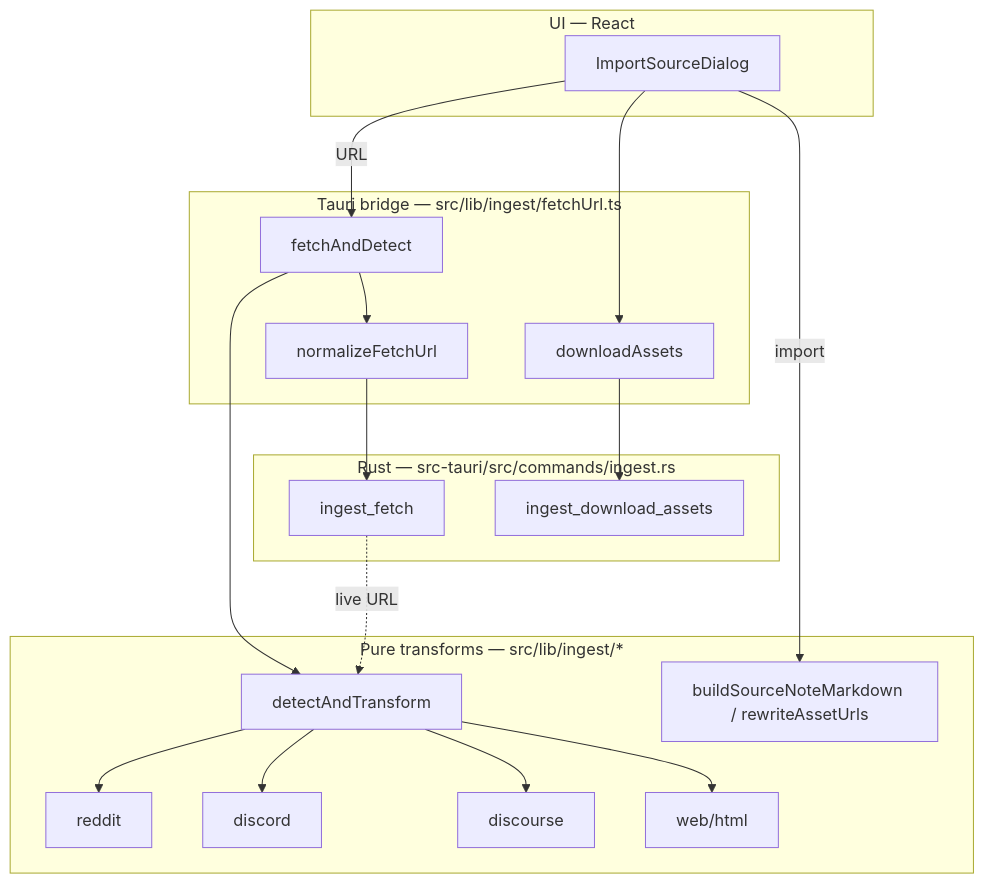
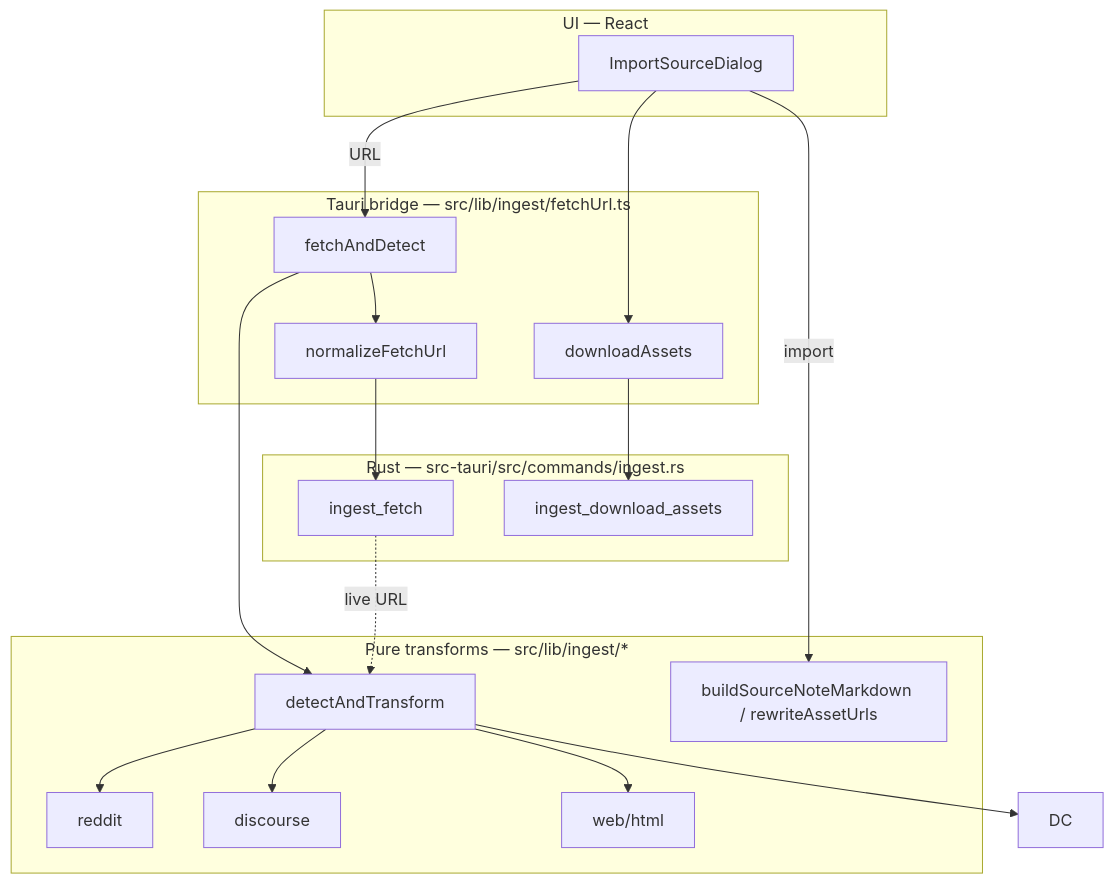
The diagram in docs/INGEST.md (bionorthtech/Grover-Notes), drawn with Mermaid before and after one commit. The commit also changed other lines of this file and 14 other files, not shown here.

````diff
--- a/docs/INGEST.md
+++ b/docs/INGEST.md
@@ -107,25 +102,25 @@
 ```mermaid
 flowchart TD
     subgraph UI["UI — React"]
         D[ImportSourceDialog]
     end
     subgraph Bridge["Tauri bridge — src/lib/ingest/fetchUrl.ts"]
         F[fetchAndDetect]
         DL[downloadAssets]
         N[normalizeFetchUrl]
     end
     subgraph Pure["Pure transforms — src/lib/ingest/*"]
         DT[detectAndTransform]
-        R[reddit] & DC[discord] & DQ[discourse] & W[web/html]
+        R[reddit] & DQ[discourse] & W[web/html]
         SRC[buildSourceNoteMarkdown / rewriteAssetUrls]
     end
     subgraph Rust["Rust — src-tauri/src/commands/ingest.rs"]
         IF[ingest_fetch]
         IDA[ingest_download_assets]
     end
     D -->|URL| F --> N --> IF
     F --> DT --> R & DC & DQ & W
     D -->|import| SRC
     D --> DL --> IDA
     IF -.live URL.-> DT
 ```
````
